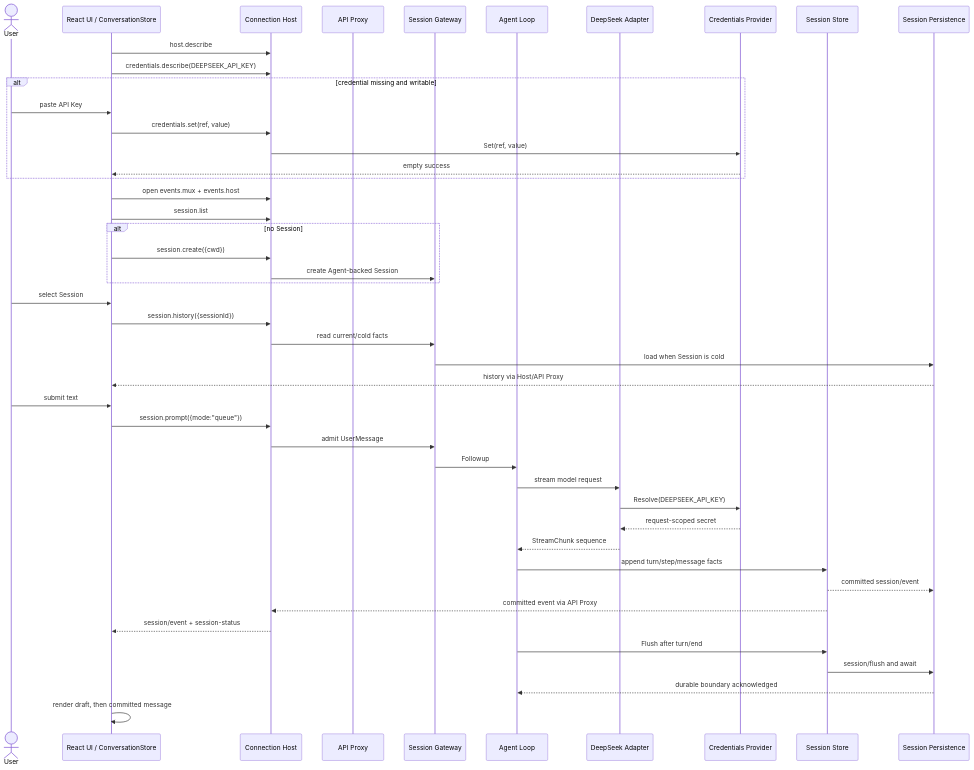
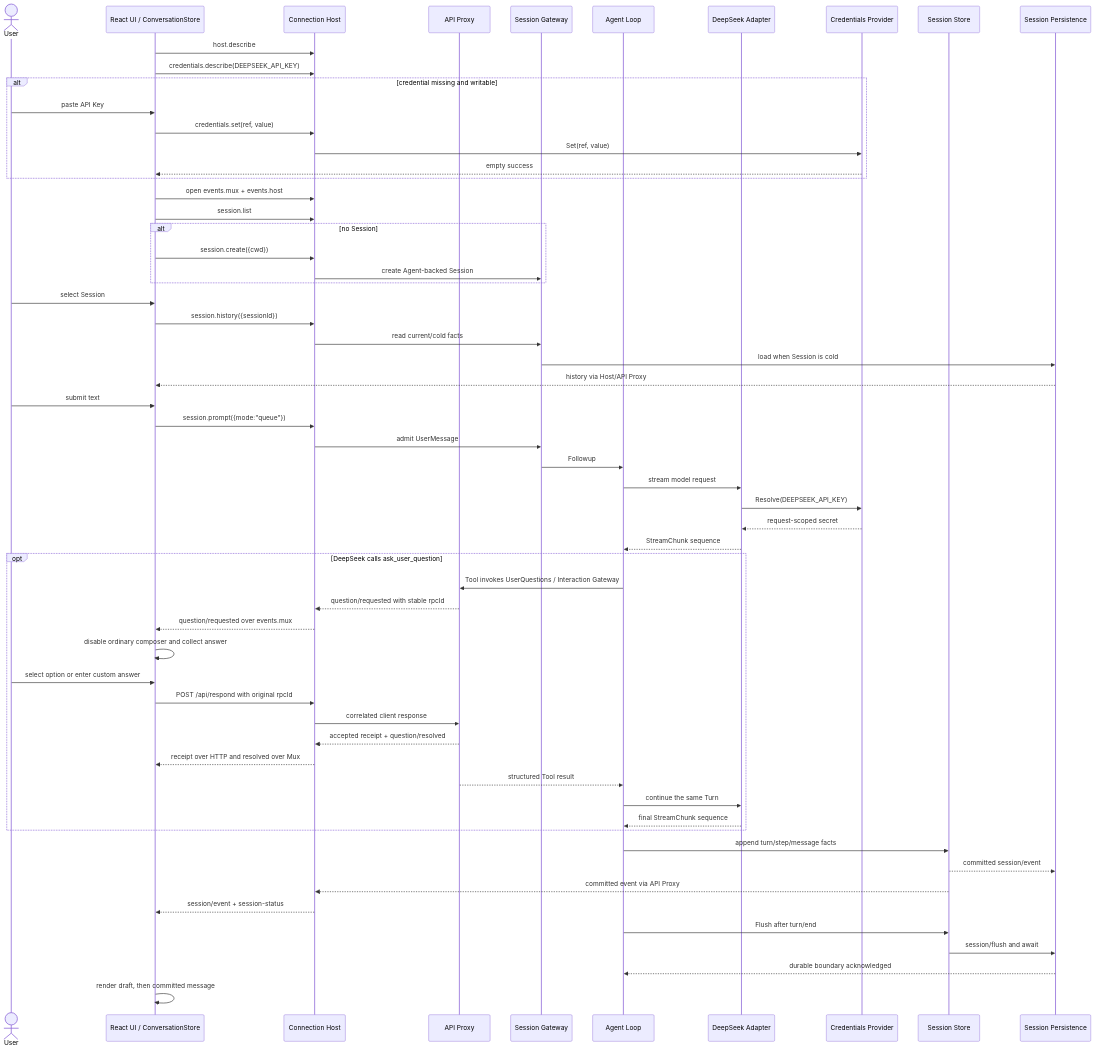
Before and after one commit to gorenx/goren: the diagram in zh-CN/21-web-agent-main-flow.md, drawn with Mermaid. The commit also changed other lines of this file and 7 other files, not shown here.

Commit message:
docs: record Web question and startup flows

````diff
--- a/zh-CN/21-web-agent-main-flow.md
+++ b/zh-CN/21-web-agent-main-flow.md
@@ -62,49 +64,63 @@
 ```mermaid
 sequenceDiagram
     actor U as User
     participant W as React UI / ConversationStore
     participant H as Connection Host
     participant A as API Proxy
     participant S as Session Gateway
     participant G as Agent Loop
     participant D as DeepSeek Adapter
     participant K as Credentials Provider
     participant C as Session Store
     participant P as Session Persistence
 
     W->>H: host.describe
     W->>H: credentials.describe(DEEPSEEK_API_KEY)
     alt credential missing and writable
         U->>W: paste API Key
         W->>H: credentials.set(ref, value)
         H->>K: Set(ref, value)
         K-->>W: empty success
     end
     W->>H: open events.mux + events.host
     W->>H: session.list
     alt no Session
         W->>H: session.create({cwd})
         H->>S: create Agent-backed Session
     end
     U->>W: select Session
     W->>H: session.history({sessionId})
     H->>S: read current/cold facts
     S->>P: load when Session is cold
     P-->>W: history via Host/API Proxy
     U->>W: submit text
     W->>H: session.prompt({mode:"queue"})
     H->>S: admit UserMessage
     S->>G: Followup
     G->>D: stream model request
     D->>K: Resolve(DEEPSEEK_API_KEY)
     K-->>D: request-scoped secret
     D-->>G: StreamChunk sequence
+    opt DeepSeek calls ask_user_question
+        G->>A: Tool invokes UserQuestions / Interaction Gateway
+        A-->>H: question/requested with stable rpcId
+        H-->>W: question/requested over events.mux
+        W->>W: disable ordinary composer and collect answer
+        U->>W: select option or enter custom answer
+        W->>H: POST /api/respond with original rpcId
+        H->>A: correlated client response
+        A-->>H: accepted receipt + question/resolved
+        H-->>W: receipt over HTTP and resolved over Mux
+        A-->>G: structured Tool result
+        G->>D: continue the same Turn
+        D-->>G: final StreamChunk sequence
+    end
     G->>C: append turn/step/message facts
     C-->>P: committed session/event
     C-->>H: committed event via API Proxy
     H-->>W: session/event + session-status
     G->>C: Flush after turn/end
     C->>P: session/flush and await
     P-->>G: durable boundary acknowledged
     W->>W: render draft, then committed message
 ```
````
